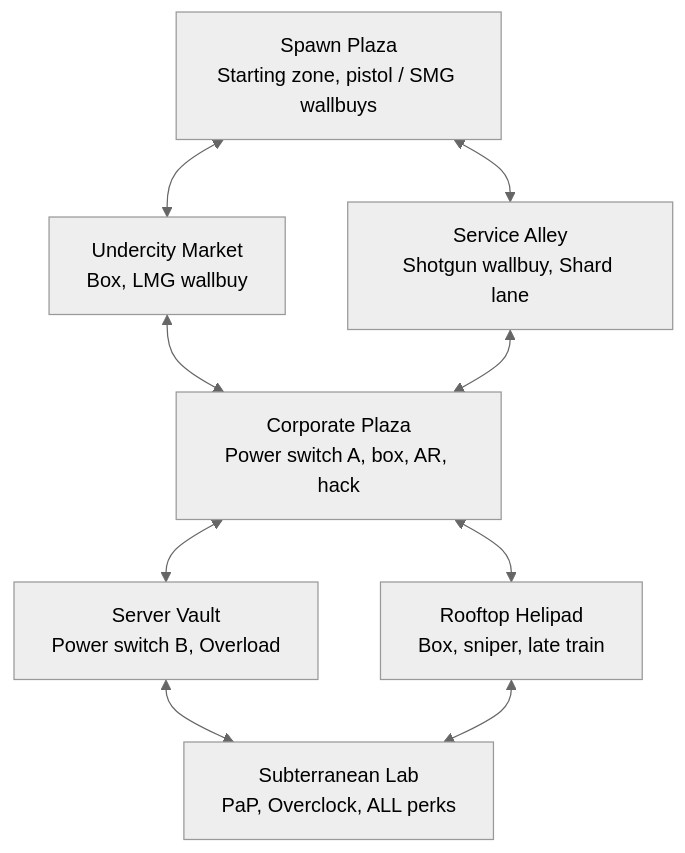
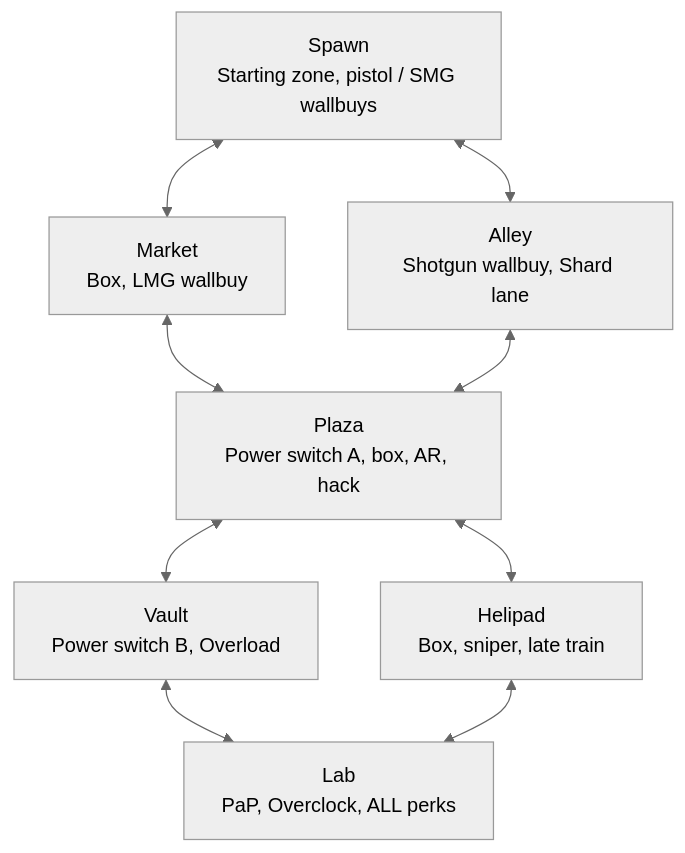
One commit to JordanUrbaezLu/abandoned_cyber_city_zombies changed the second of 2 diagrams in docs/03_layout.md. Above: the diagram before and after it, drawn with Mermaid (neutral theme). The commit also changed other lines of this file and 58 other files, not shown here.

````diff
--- a/docs/03_layout.md
+++ b/docs/03_layout.md
@@ -131,19 +131,19 @@
 ```mermaid
 flowchart TD
-    Spawn[Spawn Plaza<br/>Starting zone, pistol / SMG wallbuys]
-    Market[Undercity Market<br/>Box, LMG wallbuy]
-    Alley[Service Alley<br/>Shotgun wallbuy, Shard lane]
-    Corp[Corporate Plaza<br/>Power switch A, box, AR, hack]
-    Server[Server Vault<br/>Power switch B, Overload]
-    Roof[Rooftop Helipad<br/>Box, sniper, late train]
-    Lab[Subterranean Lab<br/>PaP, Overclock, ALL perks]
+    Spawn[Spawn<br/>Starting zone, pistol / SMG wallbuys]
+    Market[Market<br/>Box, LMG wallbuy]
+    Alley[Alley<br/>Shotgun wallbuy, Shard lane]
+    Corp[Plaza<br/>Power switch A, box, AR, hack]
+    Server[Vault<br/>Power switch B, Overload]
+    Roof[Helipad<br/>Box, sniper, late train]
+    Lab[Lab<br/>PaP, Overclock, ALL perks]
 
     Spawn <--> Market
     Spawn <--> Alley
     Market <--> Corp
     Alley <--> Corp
     Corp <--> Server
     Corp <--> Roof
     Server <--> Lab
     Roof <--> Lab
 ```
````
